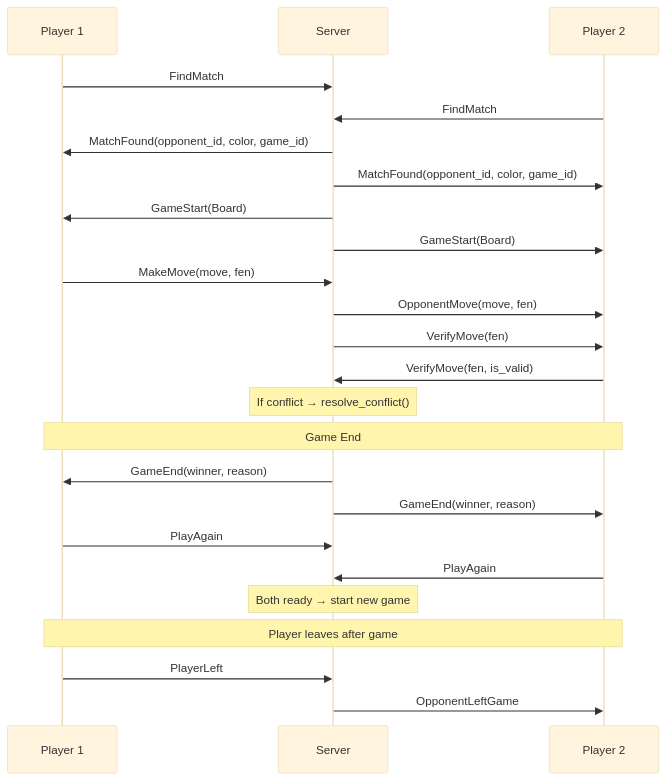
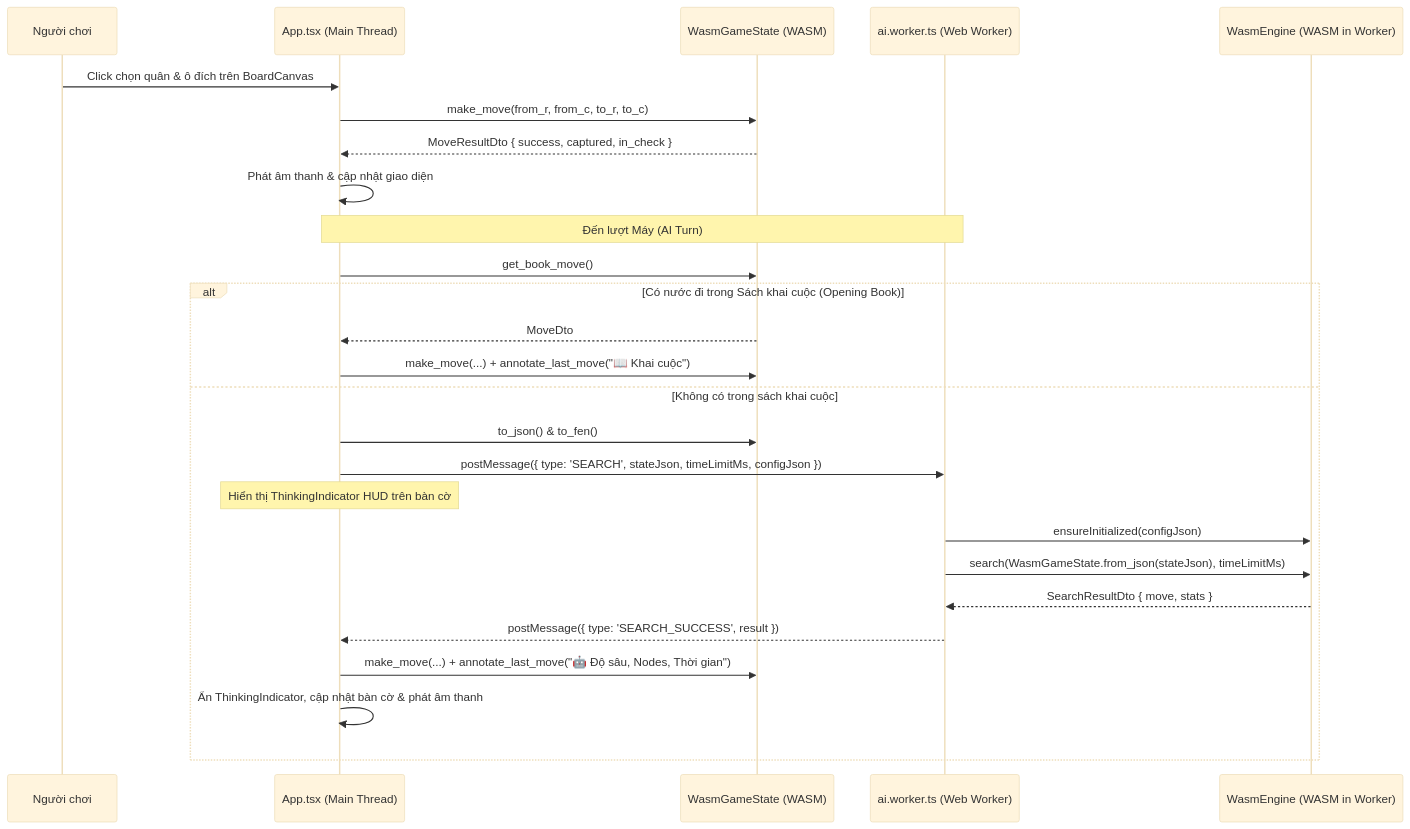
Before and after one commit to thichuong/GameCoTuong: the fourth of 4 diagrams in ARCHITECTURE.md, drawn with Mermaid (base theme). The commit also changed other lines of this file and 7 other files, not shown here.

````diff
--- a/ARCHITECTURE.md
+++ b/ARCHITECTURE.md
@@ -289,30 +255,30 @@
 ```mermaid
 sequenceDiagram
-    participant P1 as Player 1
-    participant S as Server
-    participant P2 as Player 2
+    participant User as Người chơi
+    participant App as App.tsx (Main Thread)
+    participant WGS as WasmGameState (WASM)
+    participant Worker as ai.worker.ts (Web Worker)
+    participant WE as WasmEngine (WASM in Worker)
 
-    P1->>S: FindMatch
-    P2->>S: FindMatch
-    S->>P1: MatchFound(opponent_id, color, game_id)
-    S->>P2: MatchFound(opponent_id, color, game_id)
-    S->>P1: GameStart(Board)
-    S->>P2: GameStart(Board)
+    User->>App: Click chọn quân & ô đích trên BoardCanvas
+    App->>WGS: make_move(from_r, from_c, to_r, to_c)
+    WGS-->>App: MoveResultDto { success, captured, in_check }
+    App->>App: Phát âm thanh & cập nhật giao diện
 
-    P1->>S: MakeMove(move, fen)
-    S->>P2: OpponentMove(move, fen)
-    S->>P2: VerifyMove(fen)
-    P2->>S: VerifyMove(fen, is_valid)
-    Note over S: If conflict → resolve_conflict()
-
-    Note over P1,P2: Game End
-    S->>P1: GameEnd(winner, reason)
-    S->>P2: GameEnd(winner, reason)
-    P1->>S: PlayAgain
-    P2->>S: PlayAgain
-    Note over S: Both ready → start new game
-
-    Note over P1,P2: Player leaves after game
-    P1->>S: PlayerLeft
-    S->>P2: OpponentLeftGame
+    Note over App,Worker: Đến lượt Máy (AI Turn)
+    App->>WGS: get_book_move()
+    alt Có nước đi trong Sách khai cuộc (Opening Book)
+        WGS-->>App: MoveDto
+        App->>WGS: make_move(...) + annotate_last_move("📖 Khai cuộc")
+    else Không có trong sách khai cuộc
+        App->>WGS: to_json() & to_fen()
+        App->>Worker: postMessage({ type: 'SEARCH', stateJson, timeLimitMs, configJson })
+        Note over App: Hiển thị ThinkingIndicator HUD trên bàn cờ
+        Worker->>WE: ensureInitialized(configJson)
+        Worker->>WE: search(WasmGameState.from_json(stateJson), timeLimitMs)
+        WE-->>Worker: SearchResultDto { move, stats }
+        Worker-->>App: postMessage({ type: 'SEARCH_SUCCESS', result })
+        App->>WGS: make_move(...) + annotate_last_move("🤖 Độ sâu, Nodes, Thời gian")
+        App->>App: Ẩn ThinkingIndicator, cập nhật bàn cờ & phát âm thanh
+    end
 ```
````
